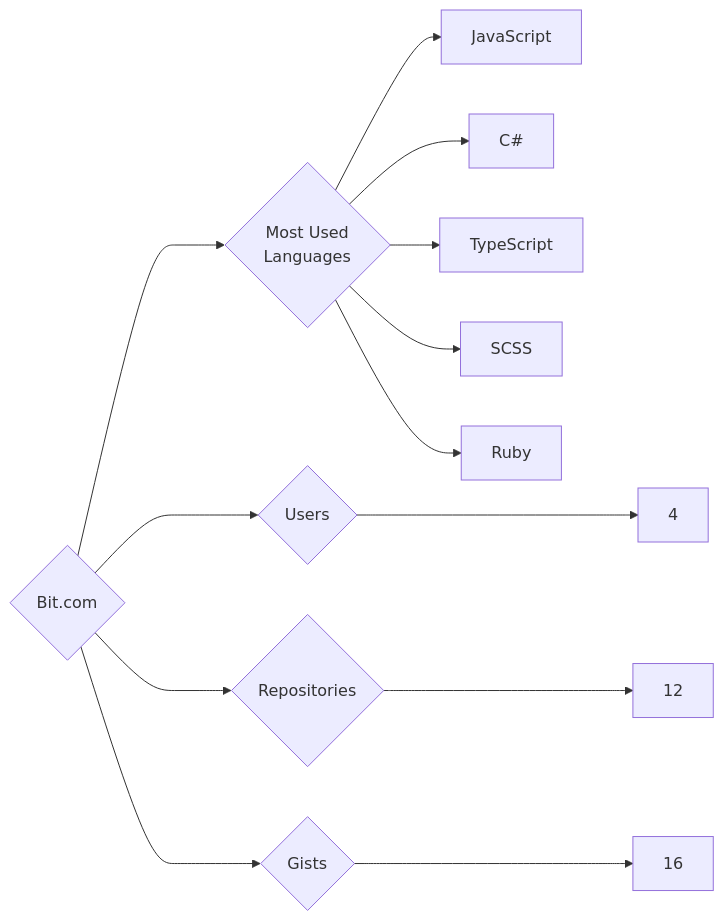
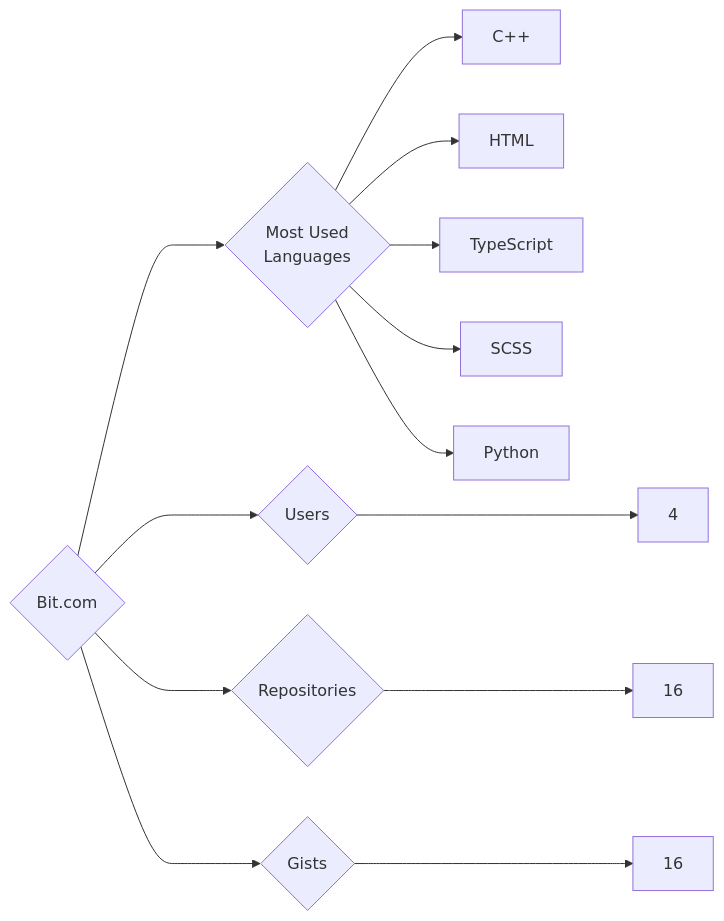
The diagram in targets/Bit.com/README.md (trickest/insiders), drawn with Mermaid before and after one commit. The commit also changed 1036 other files, not shown here.

````diff
--- a/targets/Bit.com/README.md
+++ b/targets/Bit.com/README.md
@@ -3,13 +3,13 @@
 ```mermaid
 graph LR
 COMPANY_NAME{Bit.com}
 COMPANY_NAME ---> U{Users} ---> UN[4]
-COMPANY_NAME ---> R{Repositories} ---> RN[12]
+COMPANY_NAME ---> R{Repositories} ---> RN[16]
 COMPANY_NAME ---> G{Gists} ---> GN[16]
 COMPANY_NAME ---> ML{Most Used<br>Languages}
-ML --> JavaScript[JavaScript]
-ML --> C#[C#]
+ML --> C++[C++]
+ML --> HTML[HTML]
 ML --> TypeScript[TypeScript]
 ML --> SCSS[SCSS]
-ML --> Ruby[Ruby]
+ML --> Python[Python]
 ```
````
